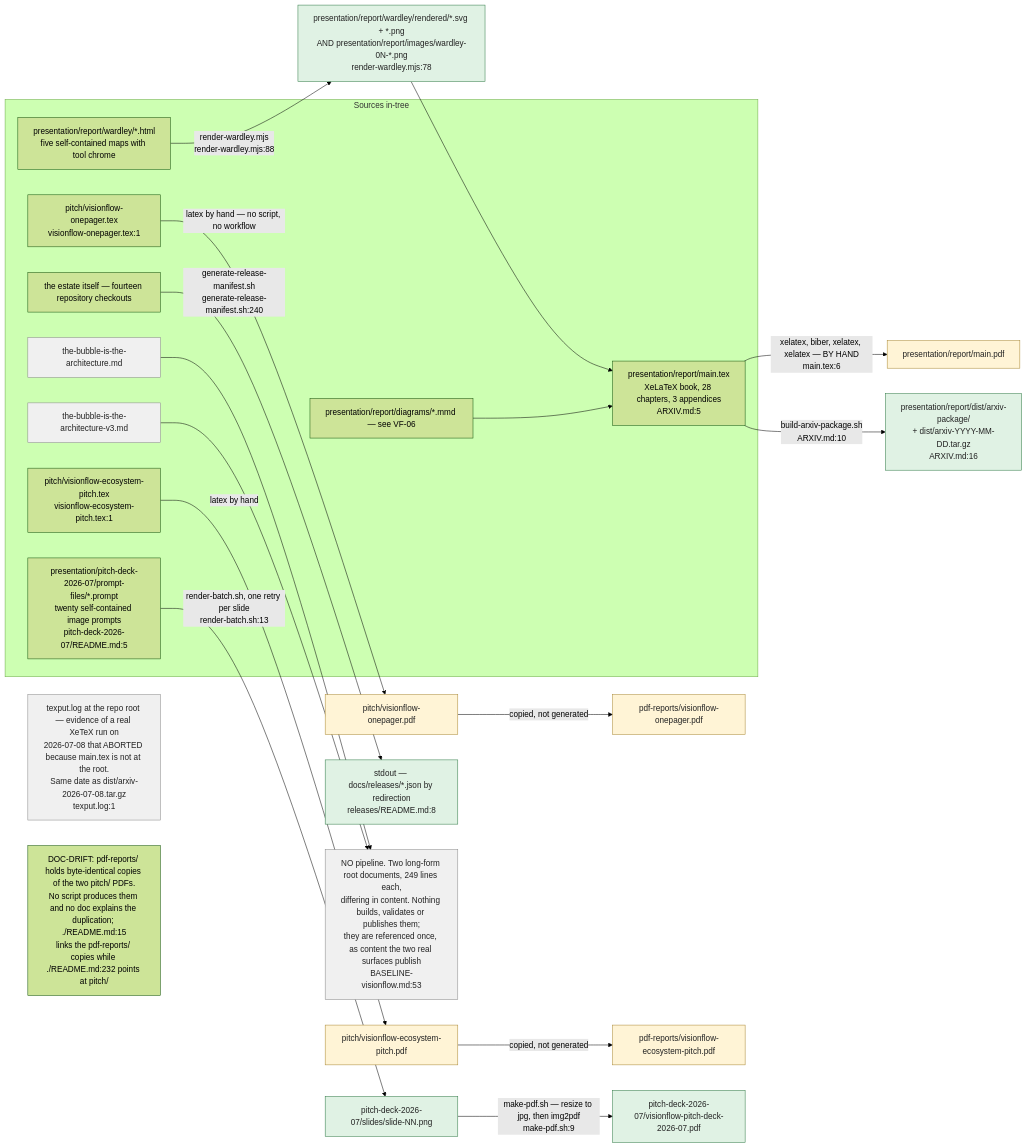
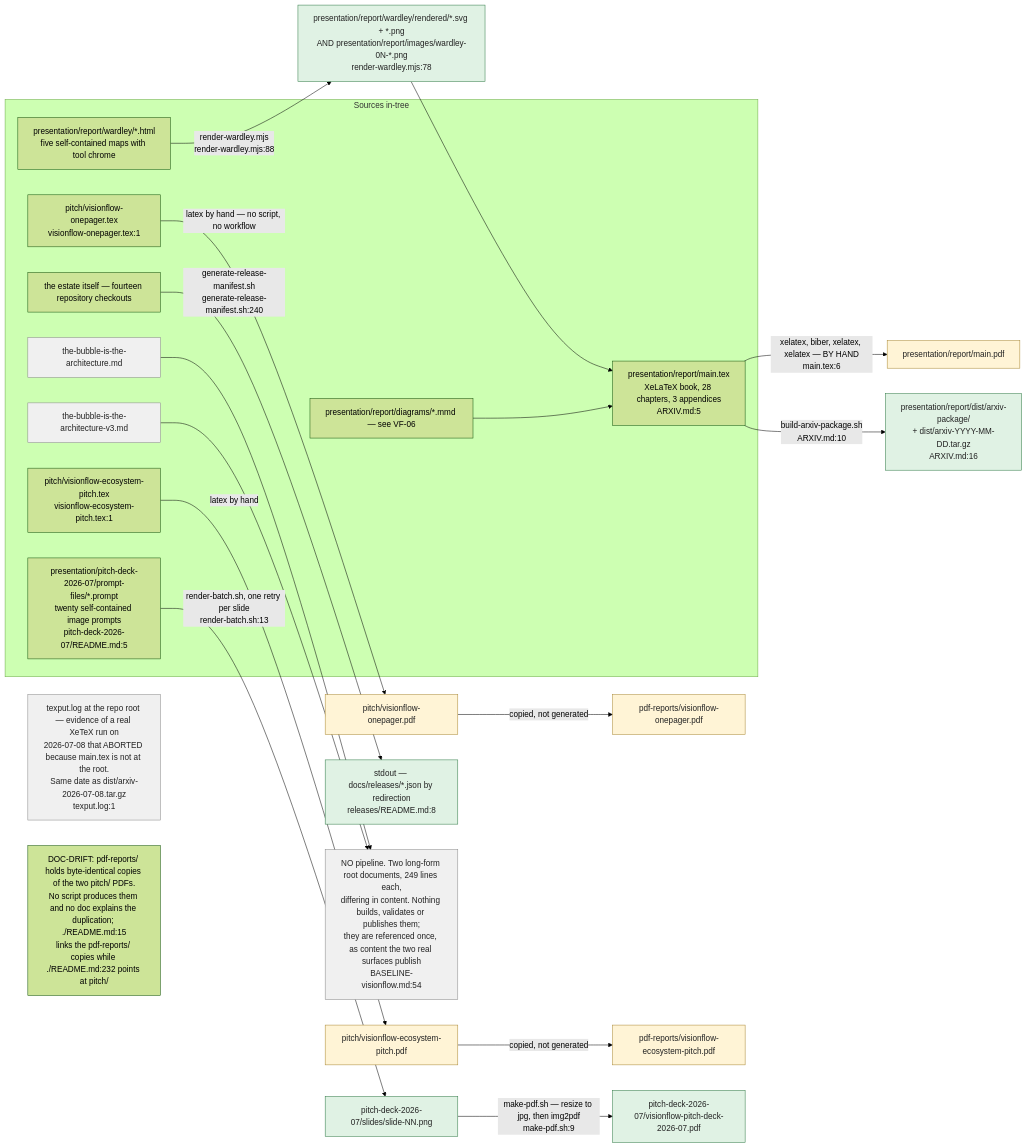
Before and after one commit to DreamLab-AI/VisionFlow: the first of 11 diagrams in docs/diagrams/visionflow/07-pitch-presentation-reports.md, drawn with Mermaid (forest theme). The commit also changed other lines of this file and 136 other files, not shown here.

First line of the commit message:
docs(diagrams): refresh the whole corpus to code HEAD and prune low-value diagrams

````diff
--- a/docs/diagrams/visionflow/07-pitch-presentation-reports.md
+++ b/docs/diagrams/visionflow/07-pitch-presentation-reports.md
@@ -38,41 +38,41 @@
 ```mermaid
 flowchart LR
     classDef auto fill:#e0f2e4,stroke:#2f7a45,color:#222
     classDef manual fill:#fff4d6,stroke:#aa8833,color:#222
     classDef content fill:#f0f0f0,stroke:#888,color:#222
 
     subgraph SRC["Sources in-tree"]
         R1["presentation/report/main.tex<br/>XeLaTeX book, 28 chapters, 3 appendices<br/>ARXIV.md:5"]
         R2["presentation/report/wardley/*.html<br/>five self-contained maps with tool chrome"]
         R3["presentation/report/diagrams/*.mmd — see VF-06"]
         P1["pitch/visionflow-onepager.tex<br/>visionflow-onepager.tex:1"]
         P2["pitch/visionflow-ecosystem-pitch.tex<br/>visionflow-ecosystem-pitch.tex:1"]
         D1["presentation/pitch-deck-2026-07/prompt-files/*.prompt<br/>twenty self-contained image prompts<br/>pitch-deck-2026-07/README.md:5"]
         B1["the-bubble-is-the-architecture.md"]:::content
         B2["the-bubble-is-the-architecture-v3.md"]:::content
         RM["the estate itself — fourteen repository checkouts"]
     end
 
     R2 -->|"render-wardley.mjs<br/>render-wardley.mjs:88"| O2["presentation/report/wardley/rendered/*.svg + *.png<br/>AND presentation/report/images/wardley-0N-*.png<br/>render-wardley.mjs:78"]:::auto
     O2 --> R1
     R3 --> R1
     R1 -->|"xelatex, biber, xelatex, xelatex — BY HAND<br/>main.tex:6"| O1["presentation/report/main.pdf"]:::manual
     R1 -->|"build-arxiv-package.sh<br/>ARXIV.md:10"| O3["presentation/report/dist/arxiv-package/<br/>+ dist/arxiv-YYYY-MM-DD.tar.gz<br/>ARXIV.md:16"]:::auto
 
     P1 -->|"latex by hand — no script, no workflow"| O4["pitch/visionflow-onepager.pdf"]:::manual
     P2 -->|"latex by hand"| O5["pitch/visionflow-ecosystem-pitch.pdf"]:::manual
     O4 -->|"copied, not generated"| O6["pdf-reports/visionflow-onepager.pdf"]:::manual
     O5 -->|"copied, not generated"| O7["pdf-reports/visionflow-ecosystem-pitch.pdf"]:::manual
 
     D1 -->|"render-batch.sh, one retry per slide<br/>render-batch.sh:13"| O8["pitch-deck-2026-07/slides/slide-NN.png"]:::auto
     O8 -->|"make-pdf.sh — resize to jpg, then img2pdf<br/>make-pdf.sh:9"| O9["pitch-deck-2026-07/visionflow-pitch-deck-2026-07.pdf"]:::auto
 
     RM -->|"generate-release-manifest.sh<br/>generate-release-manifest.sh:240"| O10["stdout — docs/releases/*.json by redirection<br/>releases/README.md:8"]:::auto
 
-    B1 --> NOP["NO pipeline. Two long-form root documents, 249 lines each,<br/>differing in content. Nothing builds, validates or publishes them;<br/>they are referenced once, as content the two real surfaces publish<br/>BASELINE-visionflow.md:53"]:::content
+    B1 --> NOP["NO pipeline. Two long-form root documents, 249 lines each,<br/>differing in content. Nothing builds, validates or publishes them;<br/>they are referenced once, as content the two real surfaces publish<br/>BASELINE-visionflow.md:54"]:::content
     B2 --> NOP
 
     ORPH["texput.log at the repo root — evidence of a real XeTeX run on<br/>2026-07-08 that ABORTED because main.tex is not at the root.<br/>Same date as dist/arxiv-2026-07-08.tar.gz<br/>texput.log:1"]:::content
 
     NOTE["DOC-DRIFT: pdf-reports/ holds byte-identical copies of the two pitch/ PDFs.<br/>No script produces them and no doc explains the duplication; ./README.md:15<br/>links the pdf-reports/ copies while ./README.md:232 points at pitch/"]
 ```
````
